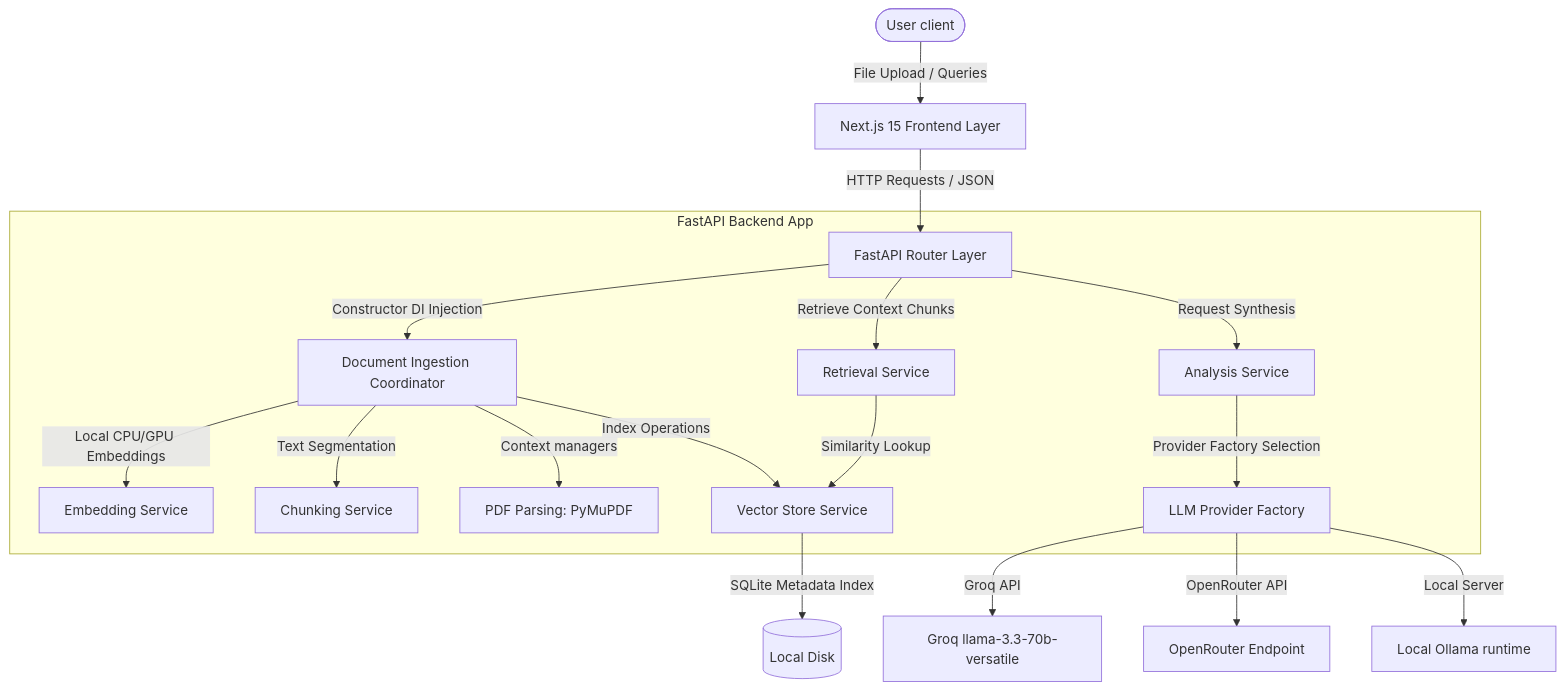
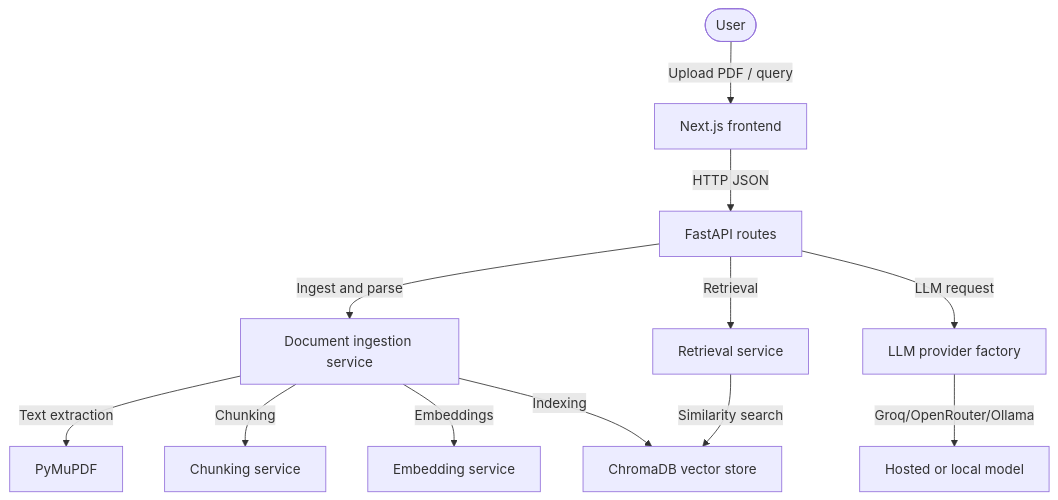
One commit to HariN999/ResearchCompass changed the diagram in README.md. Above: the diagram before and after it, drawn with Mermaid. The commit also changed other lines of this file and 9 other files, not shown here.

````diff
--- a/README.md
+++ b/README.md
@@ -113,25 +105,14 @@
 ```mermaid
 graph TD
-    User([User client]) -->|File Upload / Queries| Next[Next.js 15 Frontend Layer]
-    Next -->|HTTP Requests / JSON| FastAPI[FastAPI Router Layer]
-    
-    subgraph FastAPI Backend App
-        FastAPI -->|Constructor DI Injection| Ingestion[Document Ingestion Coordinator]
-        Ingestion -->|Local CPU/GPU Embeddings| Embed[Embedding Service]
-        Ingestion -->|Text Segmentation| Chunk[Chunking Service]
-        Ingestion -->|Context managers| PDF[PDF Parsing: PyMuPDF]
-        
-        Ingestion -->|Index Operations| Chroma[Vector Store Service]
-        FastAPI -->|Retrieve Context Chunks| Retrieve[Retrieval Service]
-        Retrieve -->|Similarity Lookup| Chroma
-        
-        FastAPI -->|Request Synthesis| Analyze[Analysis Service]
-        Analyze -->|Provider Factory Selection| LLMFactory[LLM Provider Factory]
-    end
-    
-    LLMFactory -->|Groq API| Groq[Groq llama-3.3-70b-versatile]
-    LLMFactory -->|OpenRouter API| OpenRouter[OpenRouter Endpoint]
-    LLMFactory -->|Local Server| Ollama[Local Ollama runtime]
-    
-    Chroma -->|SQLite Metadata Index| LocalDisk[(Local Disk)]
+    User([User]) -->|Upload PDF / query| Frontend[Next.js frontend]
+    Frontend -->|HTTP JSON| API[FastAPI routes]
+    API -->|Ingest and parse| Ingestion[Document ingestion service]
+    Ingestion -->|Text extraction| PDF[PyMuPDF]
+    Ingestion -->|Chunking| Chunking[Chunking service]
+    Ingestion -->|Embeddings| Embeddings[Embedding service]
+    Ingestion -->|Indexing| Chroma[ChromaDB vector store]
+    API -->|Retrieval| Retrieval[Retrieval service]
+    Retrieval -->|Similarity search| Chroma
+    API -->|LLM request| Provider[LLM provider factory]
+    Provider -->|Groq/OpenRouter/Ollama| Model[Hosted or local model]
 ```
````
